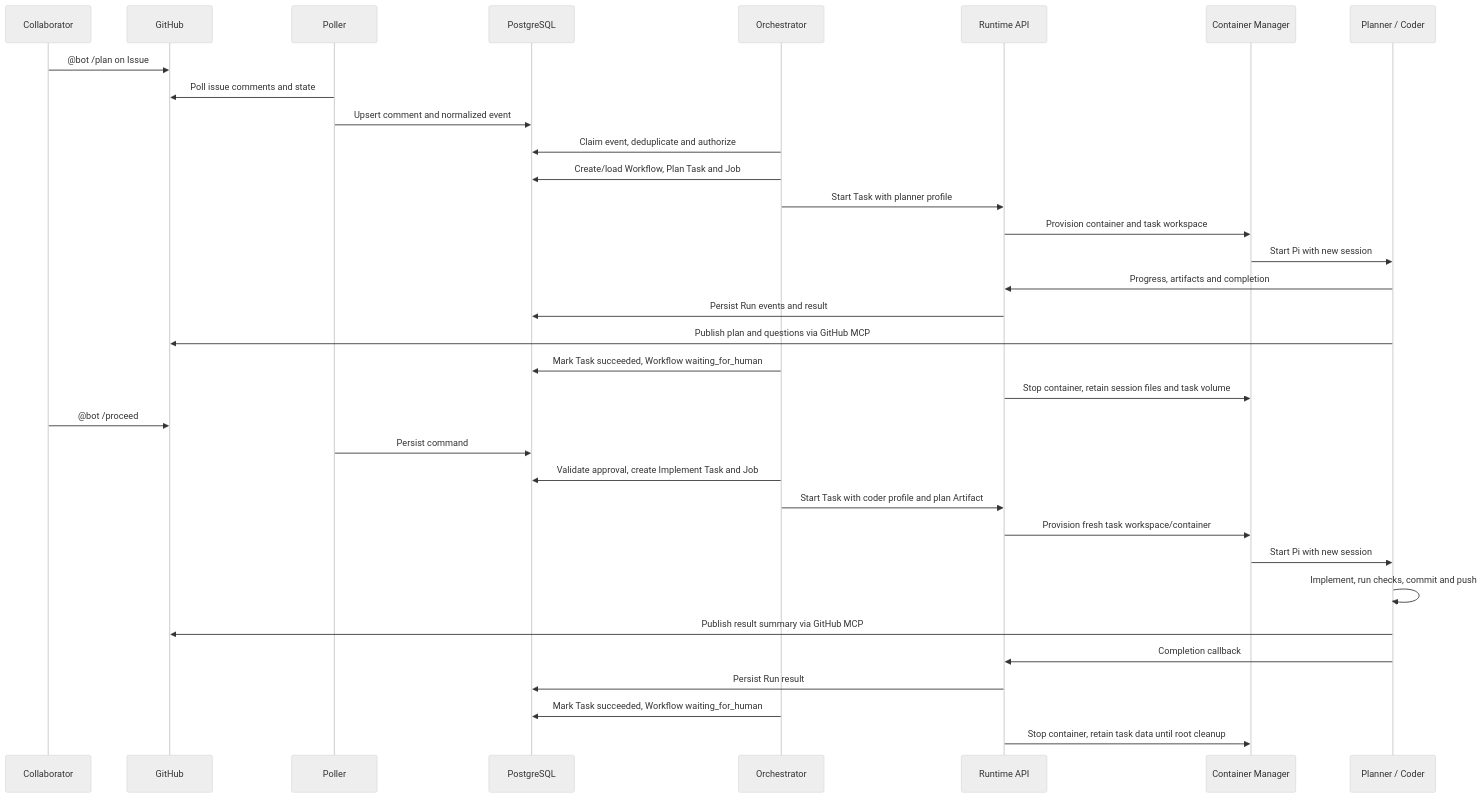
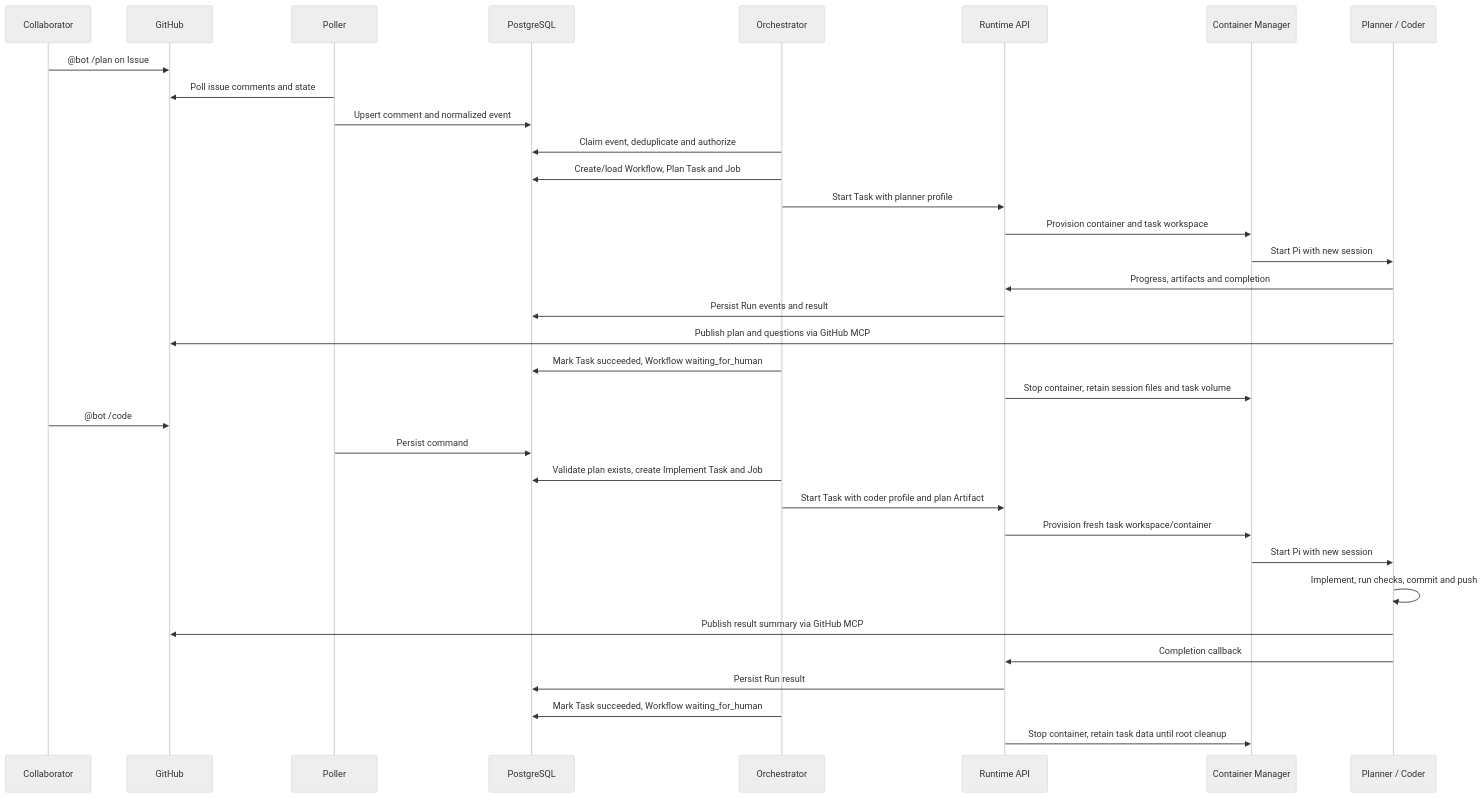
One commit to aliaksandrZh/ai-worker-01 changed the second of 2 diagrams in pi-agent-architecture/01-architecture-and-flows.md. Above: the diagram before and after it, drawn with Mermaid (neutral theme). The commit also changed other lines of this file and 7 other files, not shown here.

````diff
--- a/pi-agent-architecture/01-architecture-and-flows.md
+++ b/pi-agent-architecture/01-architecture-and-flows.md
@@ -103,38 +112,38 @@
 ```mermaid
 sequenceDiagram
     participant U as Collaborator
     participant GH as GitHub
     participant P as Poller
     participant DB as PostgreSQL
     participant O as Orchestrator
     participant R as Runtime API
     participant K as Container Manager
     participant A as Planner / Coder
 
     U->>GH: @bot /plan on Issue
     P->>GH: Poll issue comments and state
     P->>DB: Upsert comment and normalized event
     O->>DB: Claim event, deduplicate and authorize
     O->>DB: Create/load Workflow, Plan Task and Job
     O->>R: Start Task with planner profile
     R->>K: Provision container and task workspace
     K->>A: Start Pi with new session
     A->>R: Progress, artifacts and completion
     R->>DB: Persist Run events and result
     A->>GH: Publish plan and questions via GitHub MCP
     O->>DB: Mark Task succeeded, Workflow waiting_for_human
     R->>K: Stop container, retain session files and task volume
 
-    U->>GH: @bot /proceed
+    U->>GH: @bot /code
     P->>DB: Persist command
-    O->>DB: Validate approval, create Implement Task and Job
+    O->>DB: Validate plan exists, create Implement Task and Job
     O->>R: Start Task with coder profile and plan Artifact
     R->>K: Provision fresh task workspace/container
     K->>A: Start Pi with new session
     A->>A: Implement, run checks, commit and push
     A->>GH: Publish result summary via GitHub MCP
     A->>R: Completion callback
     R->>DB: Persist Run result
     O->>DB: Mark Task succeeded, Workflow waiting_for_human
     R->>K: Stop container, retain task data until root cleanup
 ```
````
